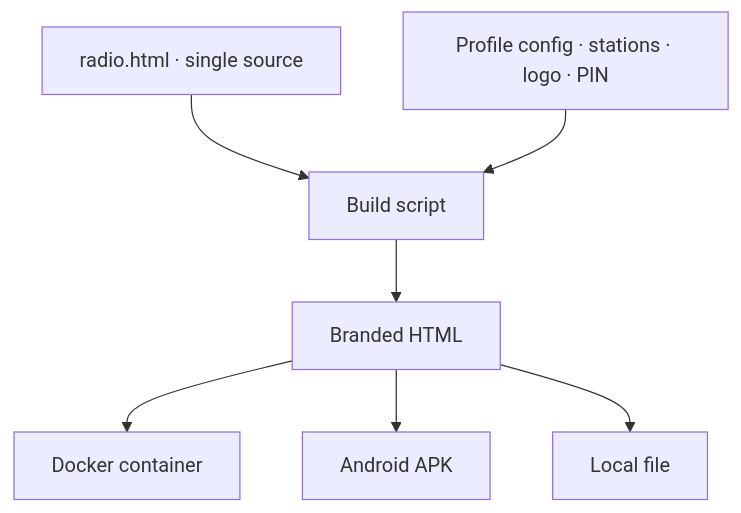
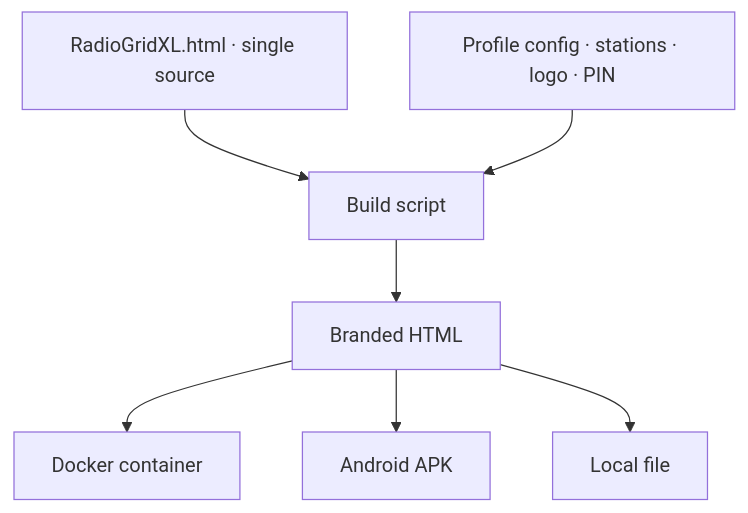
The diagram in src/content/projects/radiogridxl.md (Minimalistic/marsh.city), drawn with Mermaid before and after one commit. The commit also changed other lines of this file and 8 other files, not shown here.

````diff
--- a/src/content/projects/radiogridxl.md
+++ b/src/content/projects/radiogridxl.md
@@ -69,9 +69,9 @@
 ```mermaid
 flowchart TD
-  A[radio.html · single source] --> C[Build script]
+  A[RadioGridXL.html · single source] --> C[Build script]
   B[Profile config · stations · logo · PIN] --> C
   C --> D[Branded HTML]
   D --> E[Docker container]
   D --> F[Android APK]
   D --> G[Local file]
 ```
````
